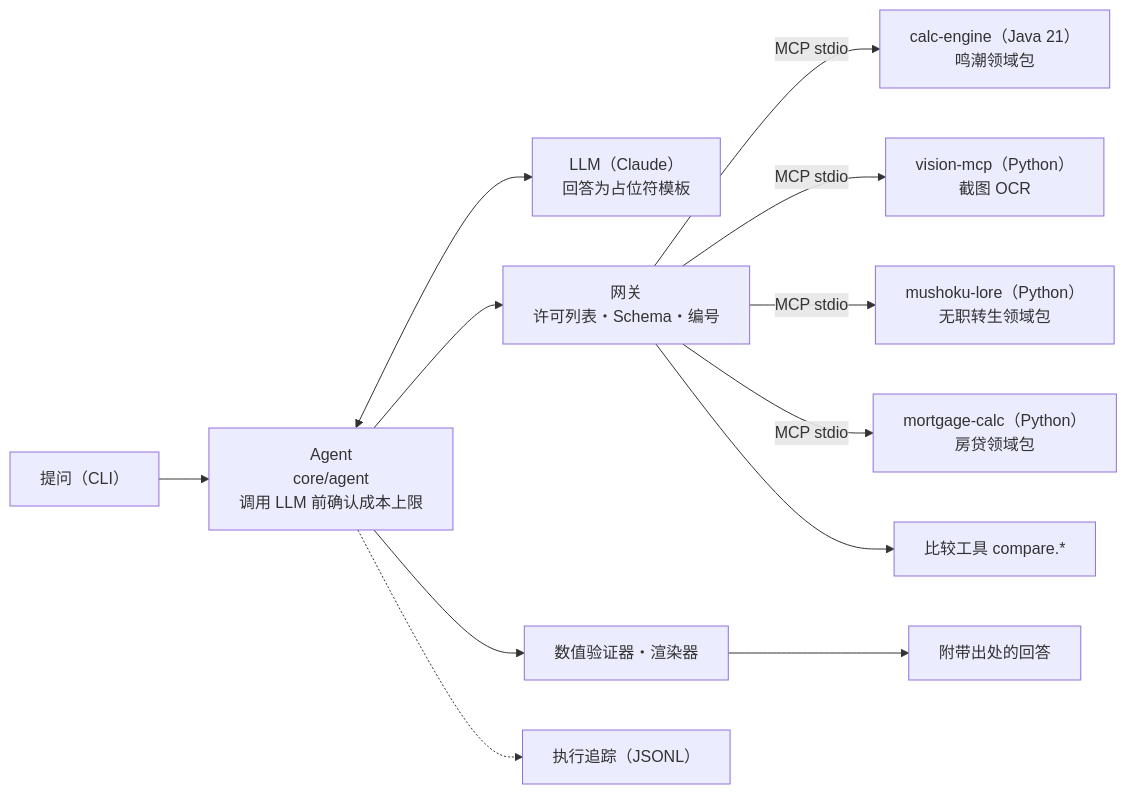
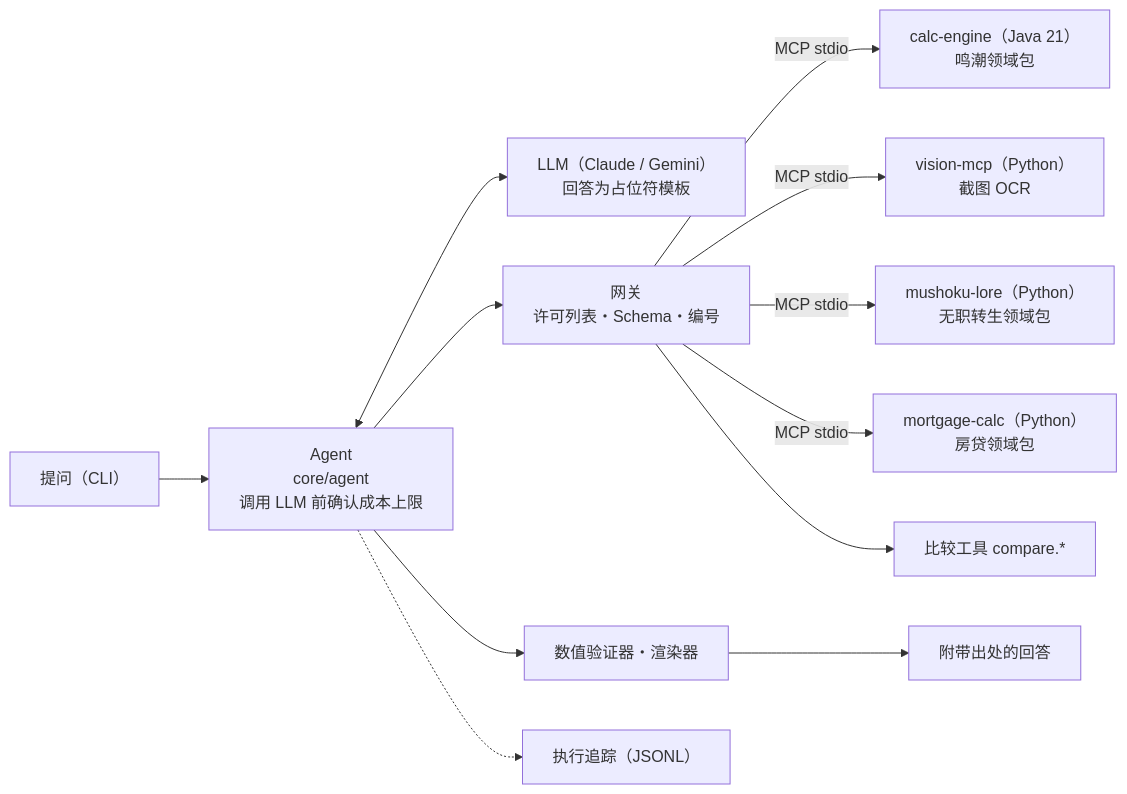
The diagram in README.zh-CN.md (hexinlong9981/echolab), drawn with Mermaid before and after one commit. The commit also changed other lines of this file and 14 other files, not shown here.

````diff
--- a/README.zh-CN.md
+++ b/README.zh-CN.md
@@ -45,14 +45,14 @@
 ```mermaid
 flowchart LR
   Q["提问（CLI）"] --> A["Agent<br/>core/agent<br/>调用 LLM 前确认成本上限"]
-  A <--> L["LLM（Claude）<br/>回答为占位符模板"]
+  A <--> L["LLM（Claude / Gemini）<br/>回答为占位符模板"]
   A --> G["网关<br/>许可列表・Schema・编号"]
   G -->|MCP stdio| J["calc-engine（Java 21）<br/>鸣潮领域包"]
   G -->|MCP stdio| O["vision-mcp（Python）<br/>截图 OCR"]
   G -->|MCP stdio| N["mushoku-lore（Python）<br/>无职转生领域包"]
   G -->|MCP stdio| M["mortgage-calc（Python）<br/>房贷领域包"]
   G --> K["比较工具 compare.*"]
   A --> V["数值验证器・渲染器"]
   V --> R["附带出处的回答"]
   A -.-> T["执行追踪（JSONL）"]
 ```
````
